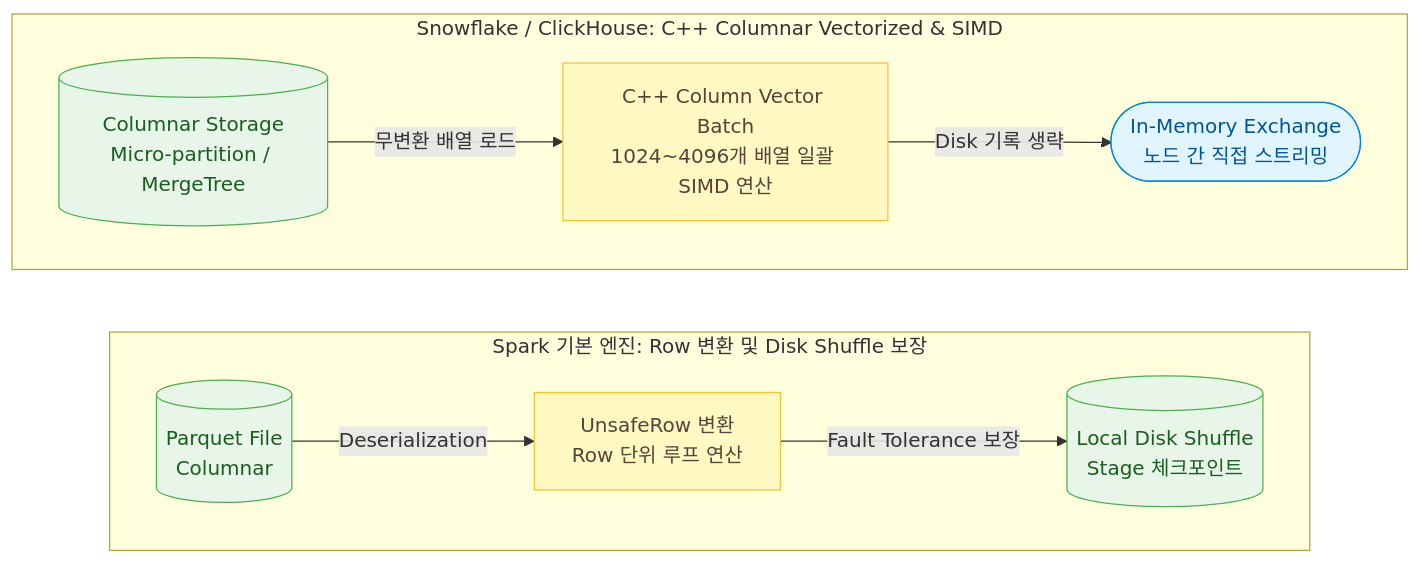
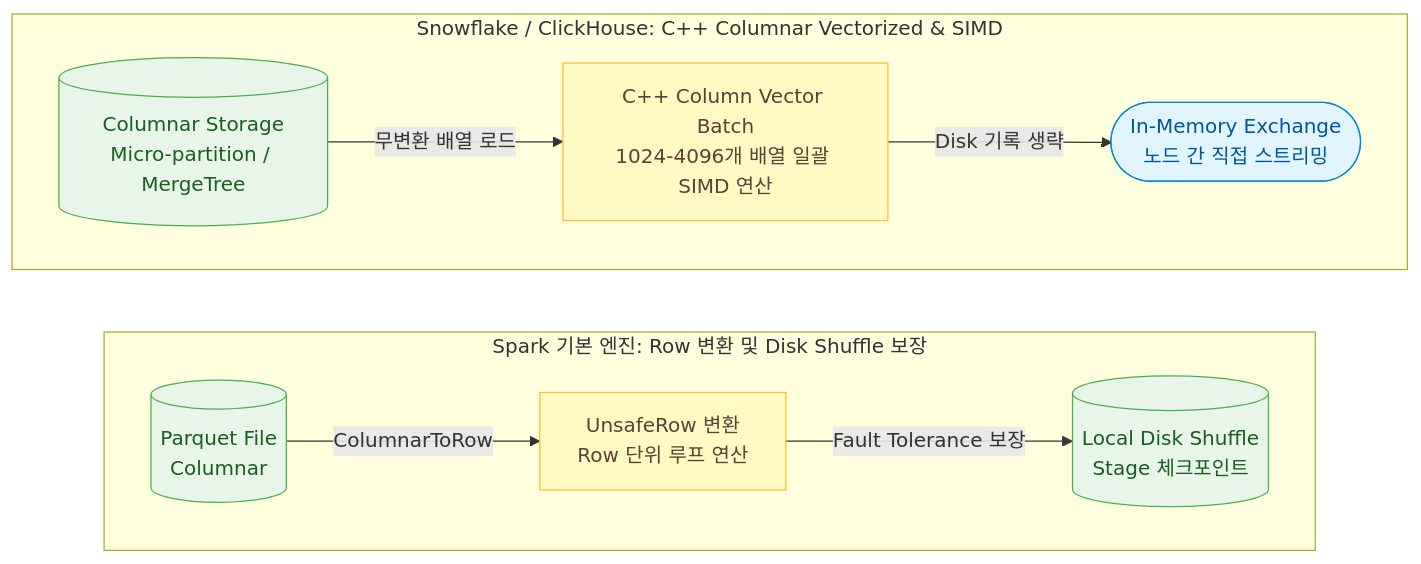
The fifth of 7 diagrams in blog/weekly/mapreduce-spark-and-distributed-db-internals.md (djpibo/djpibo.github.io), drawn with Mermaid before and after one commit. The commit also changed other lines of this file, not shown here.

````diff
--- a/blog/weekly/mapreduce-spark-and-distributed-db-internals.md
+++ b/blog/weekly/mapreduce-spark-and-distributed-db-internals.md
@@ -215,24 +274,24 @@
 ```mermaid
 flowchart LR
     classDef storage fill:#E8F5E9,stroke:#4CAF50,color:#1B5E20;
     classDef process fill:#FFF9C4,stroke:#FBC02D,color:#5D4037;
     classDef cloud fill:#E1F5FE,stroke:#0288D1,color:#01579B;
 
     subgraph SPARK_ENG ["Spark 기본 엔진: Row 변환 및 Disk Shuffle 보장"]
         direction LR
         S_PARQ[("Parquet File<br/>Columnar")]:::storage
         S_ROW["UnsafeRow 변환<br/>Row 단위 루프 연산"]:::process
         S_DISK[("Local Disk Shuffle<br/>Stage 체크포인트")]:::storage
-        S_PARQ -->|"Deserialization"| S_ROW
+        S_PARQ -->|"ColumnarToRow"| S_ROW
         S_ROW -->|"Fault Tolerance 보장"| S_DISK
     end
 
     subgraph MPP_ENG ["Snowflake / ClickHouse: C++ Columnar Vectorized & SIMD"]
         direction LR
         M_COL[("Columnar Storage<br/>Micro-partition / MergeTree")]:::storage
-        M_VEC["C++ Column Vector Batch<br/>1024~4096개 배열 일괄 SIMD 연산"]:::process
+        M_VEC["C++ Column Vector Batch<br/>1024-4096개 배열 일괄 SIMD 연산"]:::process
         M_NET(["In-Memory Exchange<br/>노드 간 직접 스트리밍"]):::cloud
         M_COL -->|"무변환 배열 로드"| M_VEC
         M_VEC -->|"Disk 기록 생략"| M_NET
     end
 ```
````
